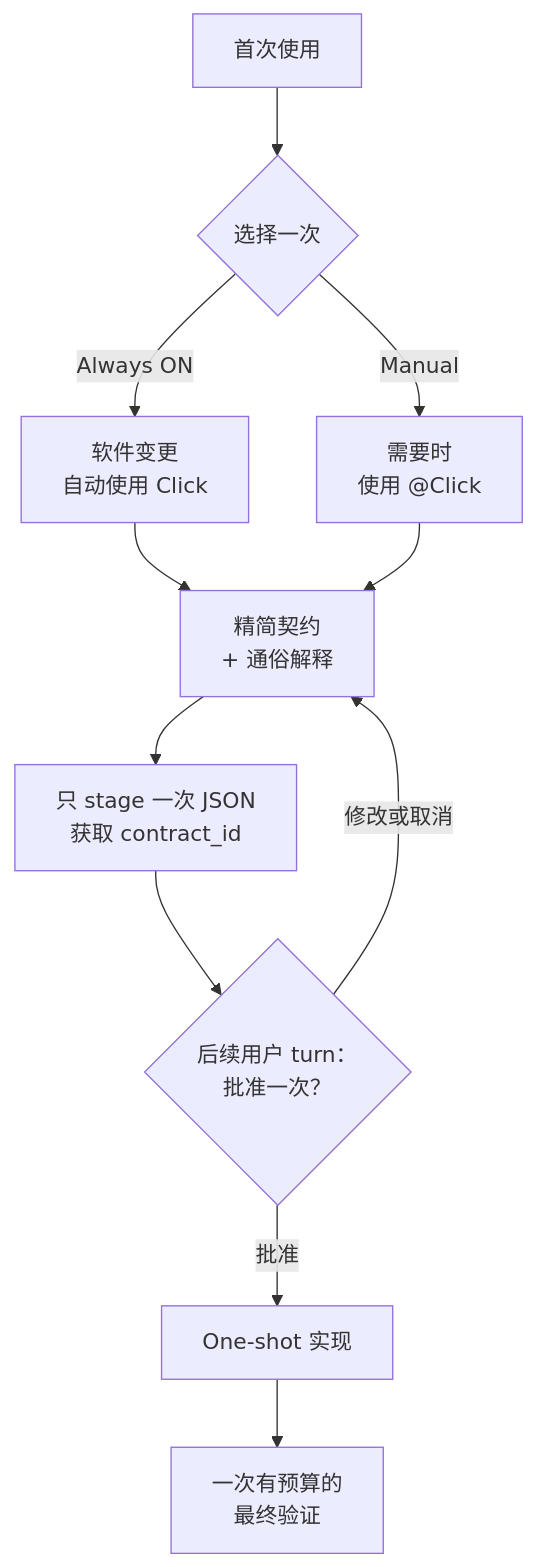
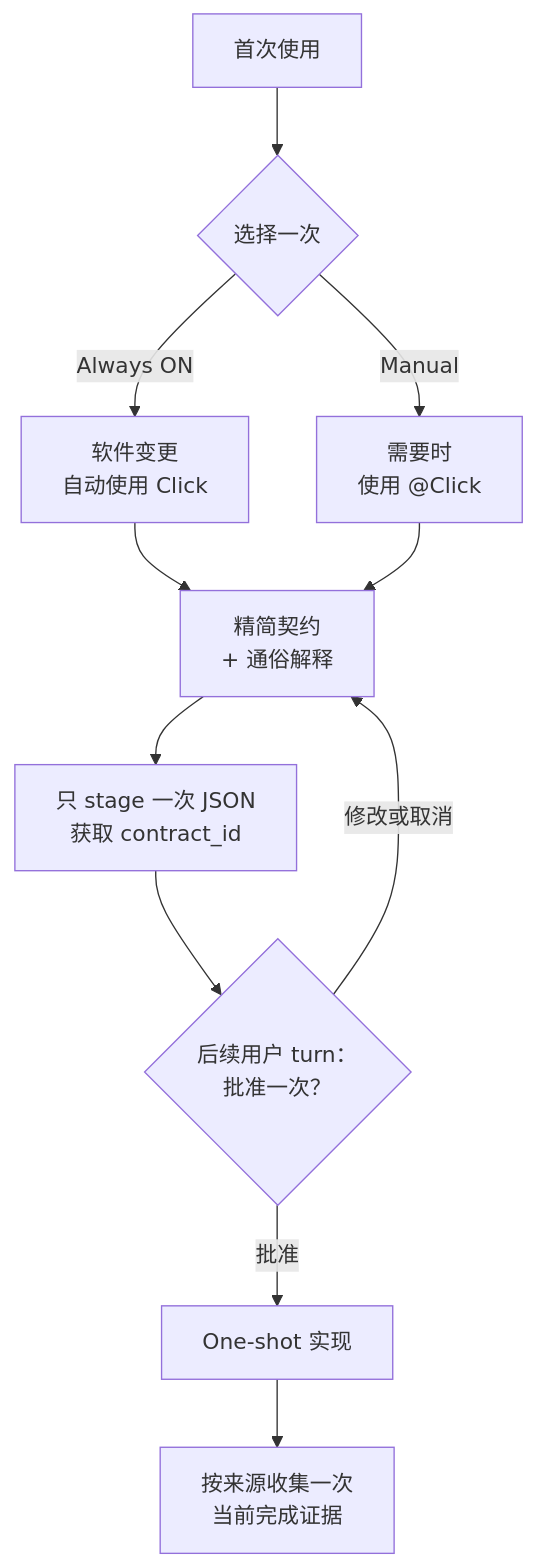
Before and after one commit to grapefruit0205/build-brief: the diagram in README.zh-CN.md, drawn with Mermaid. The commit also changed other lines of this file and 18 other files, not shown here.

````diff
--- a/README.zh-CN.md
+++ b/README.zh-CN.md
@@ -68,13 +74,13 @@
 ```mermaid
 flowchart TB
     A["首次使用"] --> B{"选择一次"}
     B -->|Always ON| C["软件变更<br/>自动使用 Click"]
     B -->|Manual| D["需要时<br/>使用 @Click"]
     C --> E["精简契约<br/>+ 通俗解释"]
     D --> E
     E --> F["只 stage 一次 JSON<br/>获取 contract_id"]
     F --> I{"后续用户 turn：<br/>批准一次？"}
     I -->|修改或取消| E
     I -->|批准| G["One-shot 实现"]
-    G --> H["一次有预算的<br/>最终验证"]
+    G --> H["按来源收集一次<br/>当前完成证据"]
 ```
````
